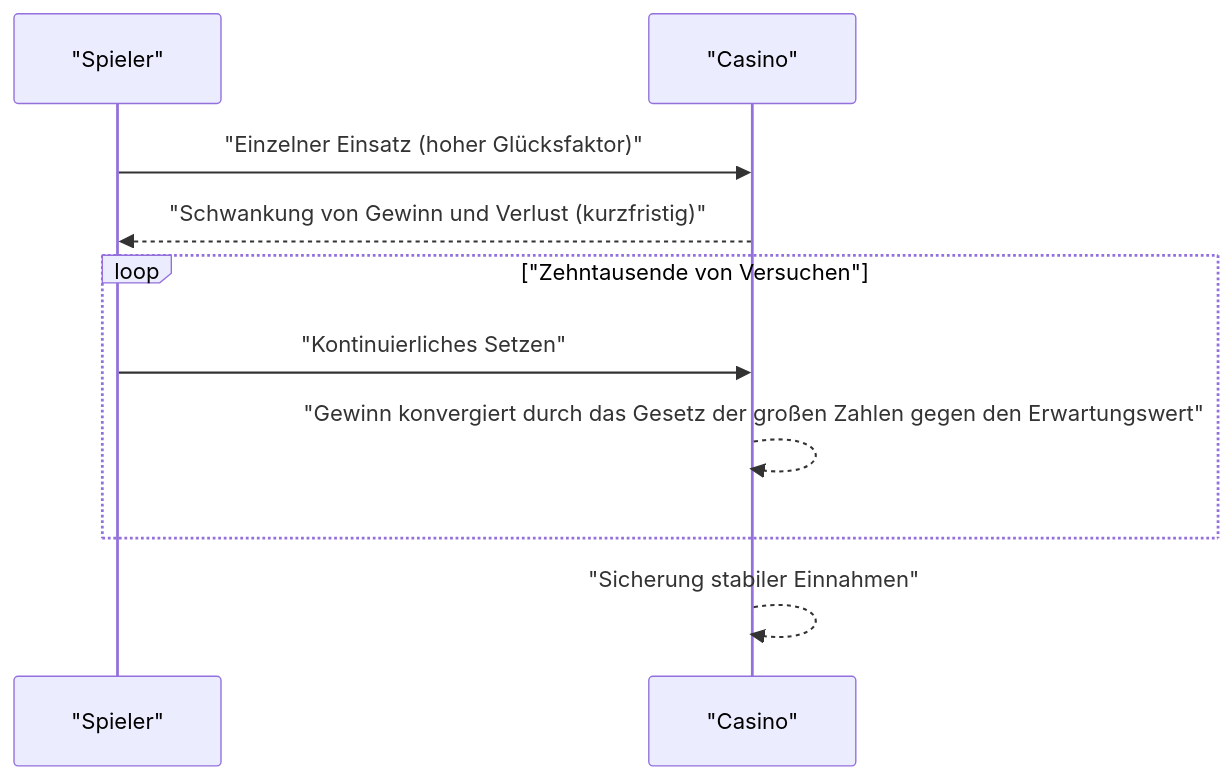
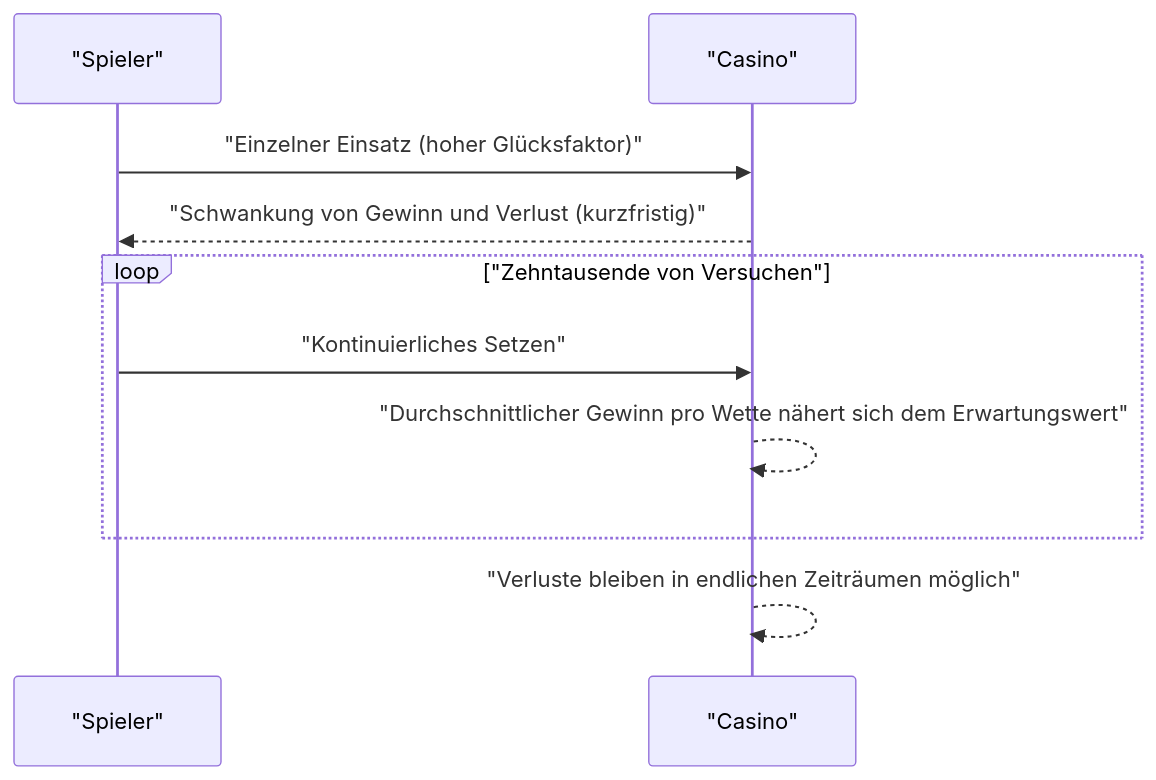
Before and after one commit to kenjinote/blog: the second of 2 diagrams in content/post/law-of-large-numbers/index.de.md, drawn with Mermaid. The commit also changed other lines of this file and 7 other files, not shown here.

````diff
--- a/content/post/law-of-large-numbers/index.de.md
+++ b/content/post/law-of-large-numbers/index.de.md
@@ -53,12 +53,12 @@
 ```mermaid
 sequenceDiagram
     participant P as "Spieler"
     participant C as "Casino"
     P->>C: "Einzelner Einsatz (hoher Glücksfaktor)"
     C-->>P: "Schwankung von Gewinn und Verlust (kurzfristig)"
     loop "Zehntausende von Versuchen"
         P->>C: "Kontinuierliches Setzen"
-        C-->>C: "Gewinn konvergiert durch das Gesetz der großen Zahlen gegen den Erwartungswert"
+        C-->>C: "Durchschnittlicher Gewinn pro Wette nähert sich dem Erwartungswert"
     end
-    C-->>C: "Sicherung stabiler Einnahmen"
+    C-->>C: "Verluste bleiben in endlichen Zeiträumen möglich"
 ```
````
